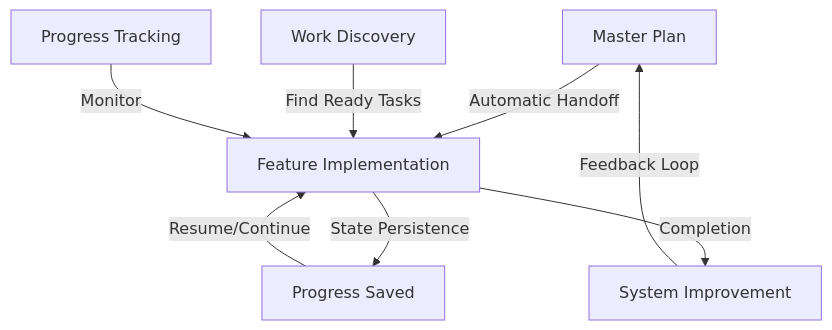
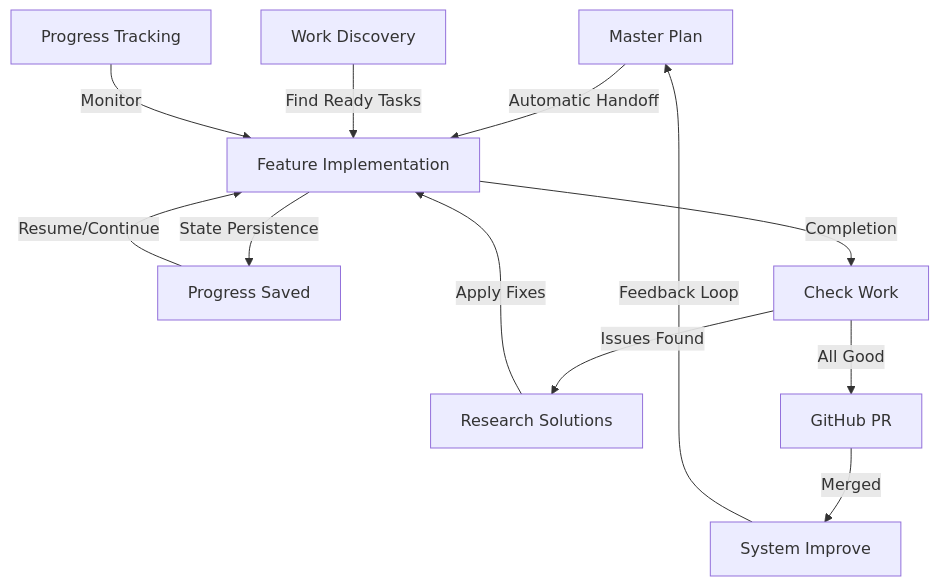
One commit to davidleathers113/dependable-call-exchange-backend changed the diagram in .claude/README.md. Above: the diagram before and after it, drawn with Mermaid. The commit also changed other lines of this file and 202 other files, not shown here.

````diff
--- a/.claude/README.md
+++ b/.claude/README.md
@@ -144,11 +263,15 @@
 ```mermaid
 graph TD
     A[Master Plan] -->|Automatic Handoff| B[Feature Implementation]
     B -->|State Persistence| C[Progress Saved]
     C -->|Resume/Continue| B
-    B -->|Completion| D[System Improvement]
-    D -->|Feedback Loop| A
+    B -->|Completion| D[Check Work]
+    D -->|Issues Found| E[Research Solutions]
+    E -->|Apply Fixes| B
+    D -->|All Good| F[GitHub PR]
+    F -->|Merged| G[System Improve]
+    G -->|Feedback Loop| A
     
-    E[Work Discovery] -->|Find Ready Tasks| B
-    F[Progress Tracking] -->|Monitor| B
+    H[Work Discovery] -->|Find Ready Tasks| B
+    I[Progress Tracking] -->|Monitor| B
 ```
````
